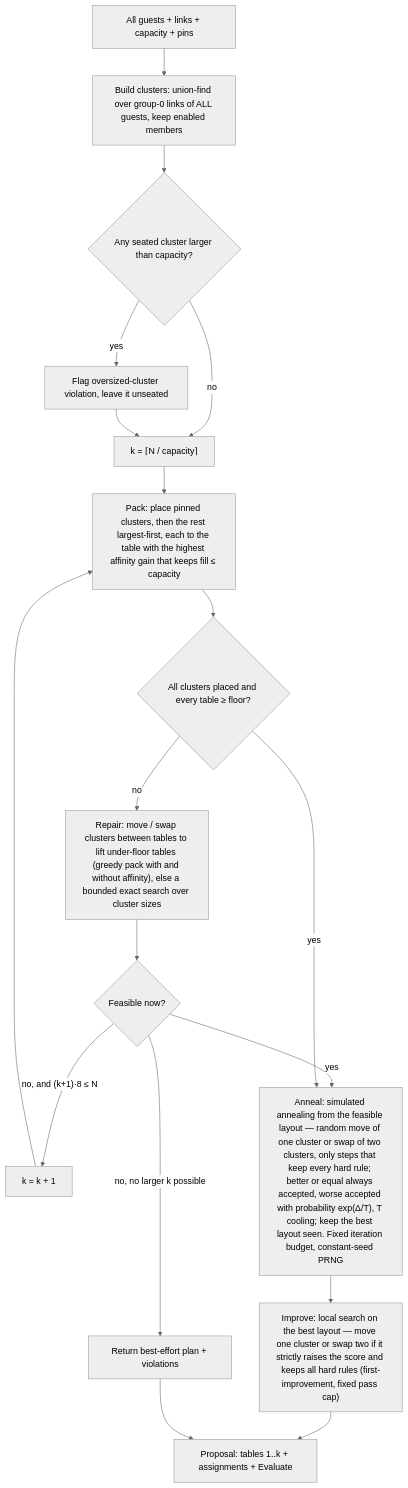
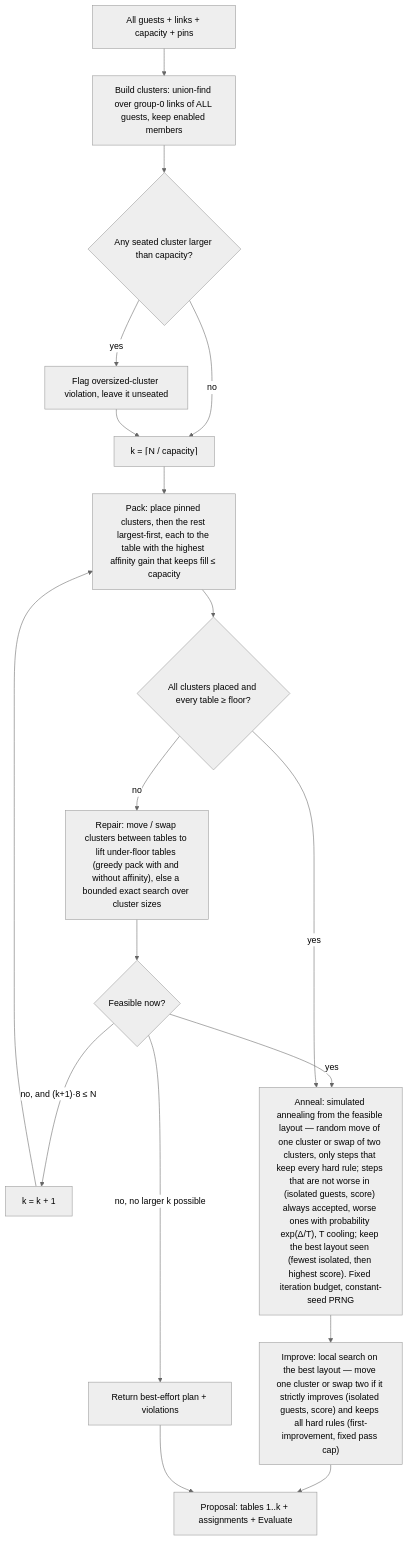
One commit to emicon123/wedding-seating-planner changed the diagram in docs/architecture/03-seating-model.md. Above: the diagram before and after it, drawn with Mermaid (neutral theme). The commit also changed other lines of this file and 7 other files, not shown here.

First line of the commit message:
docs(architecture): isolation penalty for guests seated with strangers only (task 011, phase A)

````diff
--- a/docs/architecture/03-seating-model.md
+++ b/docs/architecture/03-seating-model.md
@@ -70,19 +110,19 @@
 ```mermaid
 flowchart TD
     A[All guests + links + capacity + pins] --> B["Build clusters: union-find over group-0 links of ALL guests, keep enabled members"]
     B --> C{"Any seated cluster larger than capacity?"}
     C -- yes --> C1["Flag oversized-cluster violation, leave it unseated"]
     C -- no --> D
     C1 --> D["k = ⌈N / capacity⌉"]
     D --> E["Pack: place pinned clusters, then the rest largest-first, each to the table with the highest affinity gain that keeps fill ≤ capacity"]
     E --> F{"All clusters placed and every table ≥ floor?"}
     F -- no --> G["Repair: move / swap clusters between tables to lift under-floor tables (greedy pack with and without affinity), else a bounded exact search over cluster sizes"]
     G --> H{Feasible now?}
     H -->|"no, and (k+1)·8 ≤ N"| I[k = k + 1] --> E
     H -->|"no, no larger k possible"| R[Return best-effort plan + violations]
     H -- yes --> J
-    F -- yes --> J["Anneal: simulated annealing from the feasible layout — random move of one cluster or swap of two clusters, only steps that keep every hard rule; better or equal always accepted, worse accepted with probability exp(Δ/T), T cooling; keep the best layout seen. Fixed iteration budget, constant-seed PRNG"]
-    J --> J2["Improve: local search on the best layout — move one cluster or swap two if it strictly raises the score and keeps all hard rules (first-improvement, fixed pass cap)"]
+    F -- yes --> J["Anneal: simulated annealing from the feasible layout — random move of one cluster or swap of two clusters, only steps that keep every hard rule; steps that are not worse in (isolated guests, score) always accepted, worse ones with probability exp(Δ/T), T cooling; keep the best layout seen (fewest isolated, then highest score). Fixed iteration budget, constant-seed PRNG"]
+    J --> J2["Improve: local search on the best layout — move one cluster or swap two if it strictly improves (isolated guests, score) and keeps all hard rules (first-improvement, fixed pass cap)"]
     J2 --> K["Proposal: tables 1..k + assignments + Evaluate"]
     R --> K
 ```
````
